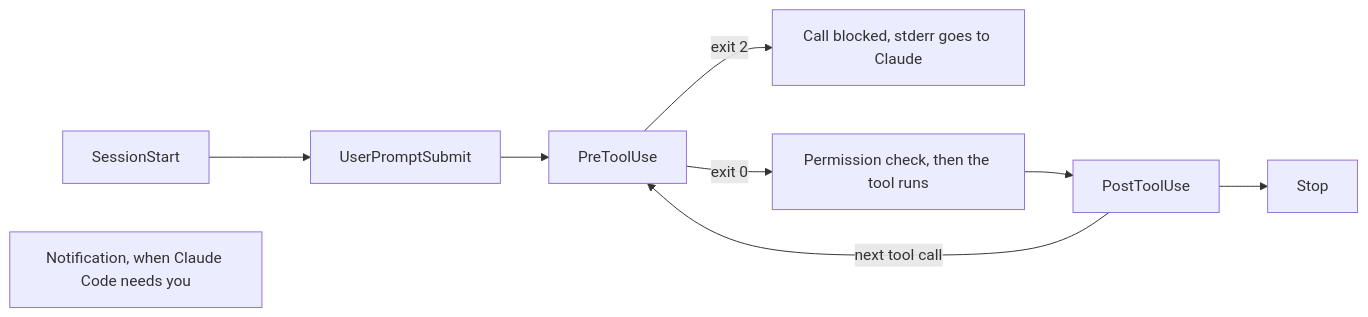
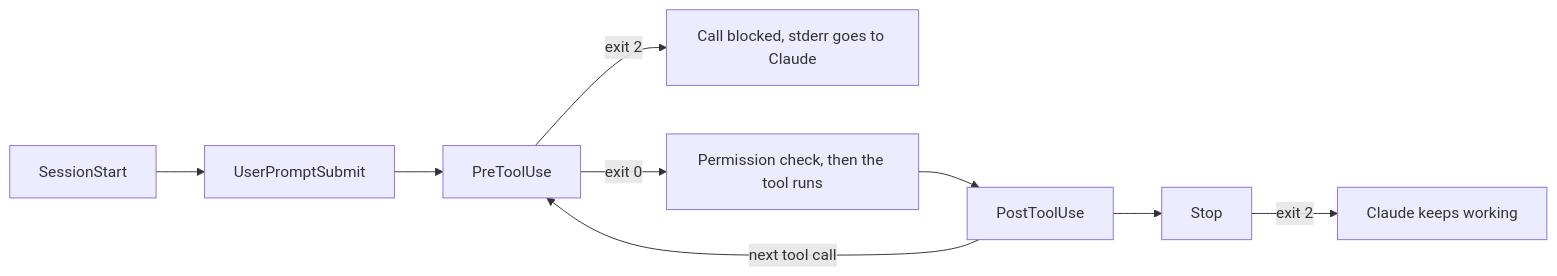
One commit to wesammustafa/Claude-Code-Everything-You-Need-to-Know changed the diagram in docs/intermediate/05-hooks.md. Above: the diagram before and after it, drawn with Mermaid. The commit also changed other lines of this file and 41 other files, not shown here.

First line of the commit message:
docs: refine every lesson and capstone for Claude Code v2.1.308

````diff
--- a/docs/intermediate/05-hooks.md
+++ b/docs/intermediate/05-hooks.md
@@ -21,13 +21,13 @@
 ```mermaid
 flowchart LR
   accTitle: Where hook events fire in a turn
-  accDescr: A session starts with SessionStart. Each prompt fires UserPromptSubmit. Before each tool call, PreToolUse runs; exit code 2 blocks the call. After a successful call, PostToolUse runs, then Claude may call another tool. When Claude finishes responding, Stop fires. Notification fires on its own whenever Claude Code needs your attention.
+  accDescr: A session starts with SessionStart. Each prompt fires UserPromptSubmit. Before each tool call, PreToolUse runs; exit code 2 blocks the call. After a successful call, PostToolUse runs, then Claude may call another tool. When Claude finishes responding, Stop fires; exit code 2 sends Claude back to work.
   S[SessionStart] --> U[UserPromptSubmit]
   U --> P[PreToolUse]
   P -->|exit 2| B[Call blocked, stderr goes to Claude]
   P -->|exit 0| T[Permission check, then the tool runs]
   T --> Q[PostToolUse]
   Q -->|next tool call| P
   Q --> E[Stop]
-  N[Notification, when Claude Code needs you]
+  E -->|exit 2| K[Claude keeps working]
 ```
````
